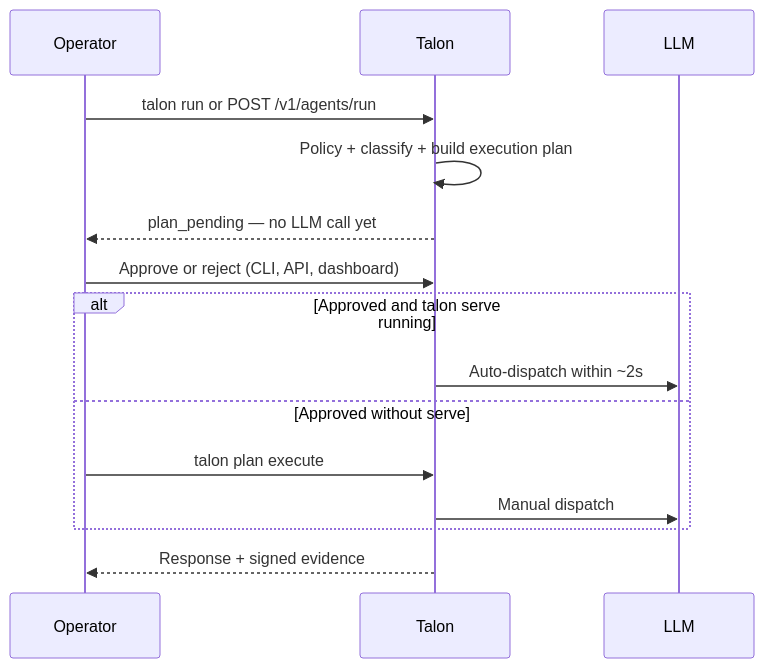
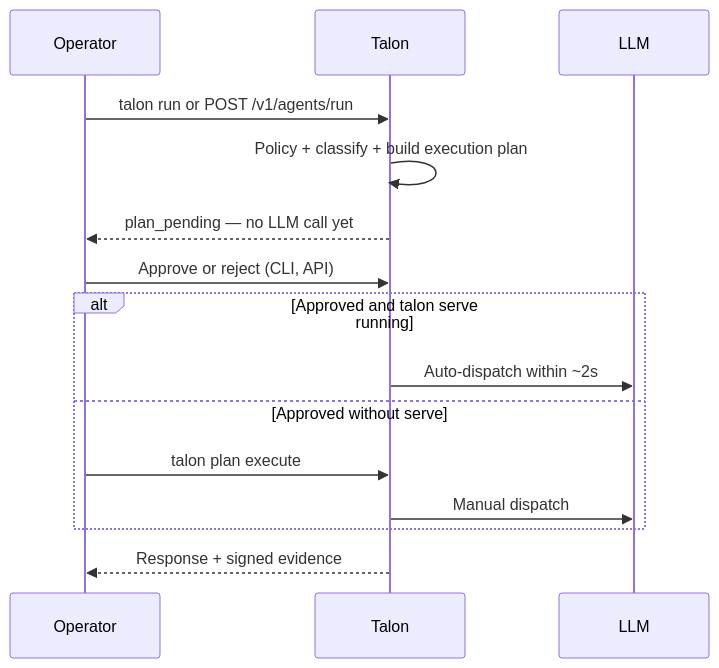
One commit to dativo-io/talon changed the diagram in docs/guides/plan-review-operators.md. Above: the diagram before and after it, drawn with Mermaid. The commit also changed other lines of this file and 54 other files, not shown here.

````diff
--- a/docs/guides/plan-review-operators.md
+++ b/docs/guides/plan-review-operators.md
@@ -11,18 +11,18 @@
 ```mermaid
 sequenceDiagram
   participant Operator
   participant Talon
   participant LLM
 
   Operator->>Talon: talon run or POST /v1/agents/run
   Talon->>Talon: Policy + classify + build execution plan
   Talon-->>Operator: plan_pending — no LLM call yet
-  Operator->>Talon: Approve or reject (CLI, API, dashboard)
+  Operator->>Talon: Approve or reject (CLI, API)
   alt Approved and talon serve running
     Talon->>LLM: Auto-dispatch within ~2s
   else Approved without serve
     Operator->>Talon: talon plan execute
     Talon->>LLM: Manual dispatch
   end
   Talon-->>Operator: Response + signed evidence
 ```
````
